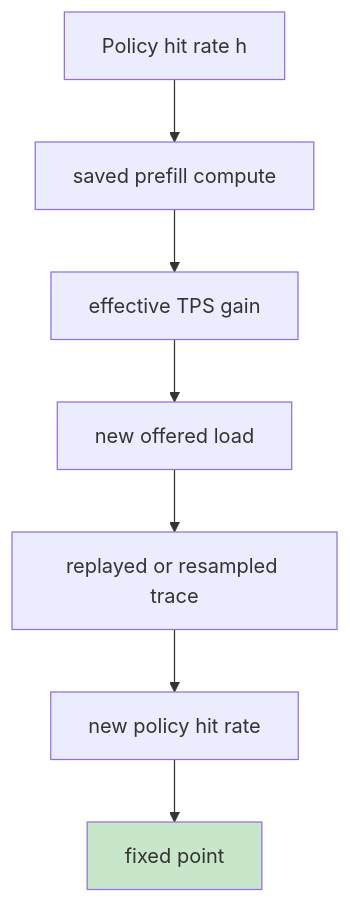
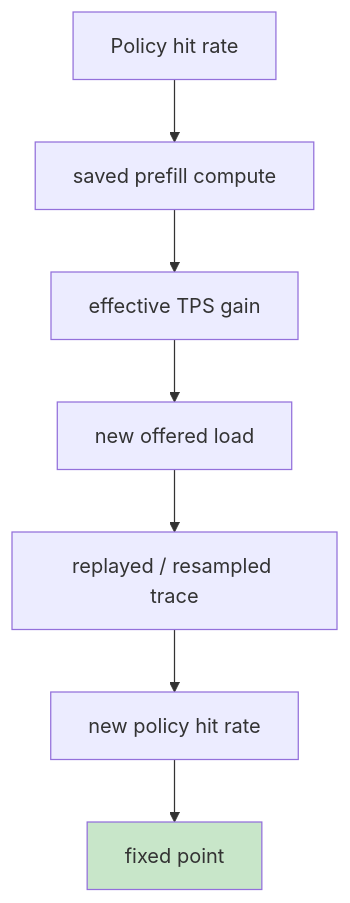
Before and after one commit to openanolis/kvcache-calculator: the fifth of 6 diagrams in docs/four_layer_model.md, drawn with Mermaid. The commit also changed other lines of this file and 1 other file, not shown here.

````diff
--- a/docs/four_layer_model.md
+++ b/docs/four_layer_model.md
@@ -324,11 +303,11 @@
 ```mermaid
 flowchart TD
-    A["Policy hit rate h"] --> B["saved prefill compute"]
+    A["Policy hit rate"] --> B["saved prefill compute"]
     B --> C["effective TPS gain"]
     C --> D["new offered load"]
-    D --> E["replayed or resampled trace"]
+    D --> E["replayed / resampled trace"]
     E --> F["new policy hit rate"]
     F --> G["fixed point"]
 
     style G fill:#c8e6c9
 ```
````
